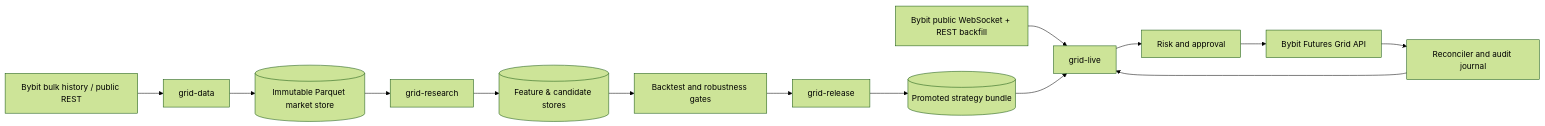
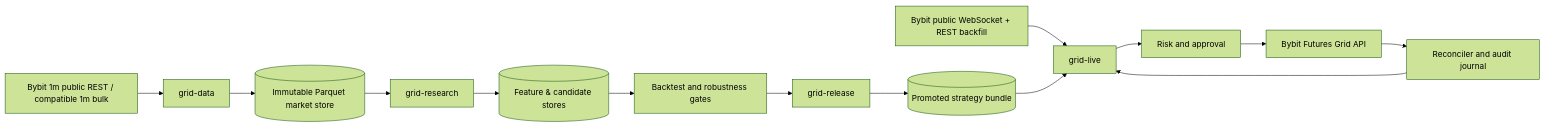
The diagram in README.md (brullik/brullik-bybit-grid-bot-research), drawn with Mermaid (forest theme) before and after one commit. The commit also changed other lines of this file and 25 other files, not shown here.

Commit message:
feat(data): adopt 1m-only history sources

````diff
--- a/README.md
+++ b/README.md
@@ -43,17 +43,17 @@
 ```mermaid
 flowchart LR
-    A[Bybit bulk history / public REST] --> B[grid-data]
+    A[Bybit 1m public REST / compatible 1m bulk] --> B[grid-data]
     B --> C[(Immutable Parquet market store)]
     C --> D[grid-research]
     D --> E[(Feature & candidate stores)]
     E --> F[Backtest and robustness gates]
     F --> G[grid-release]
     G --> H[(Promoted strategy bundle)]
 
     I[Bybit public WebSocket + REST backfill] --> J[grid-live]
     H --> J
     J --> K[Risk and approval]
     K --> L[Bybit Futures Grid API]
     L --> M[Reconciler and audit journal]
     M --> J
 ```
````
